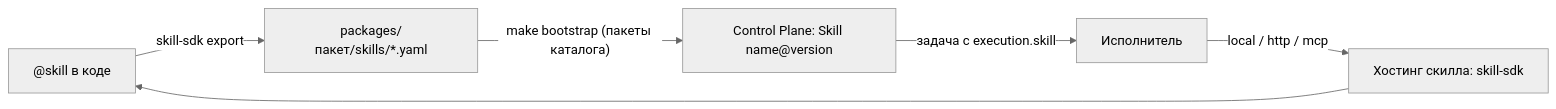
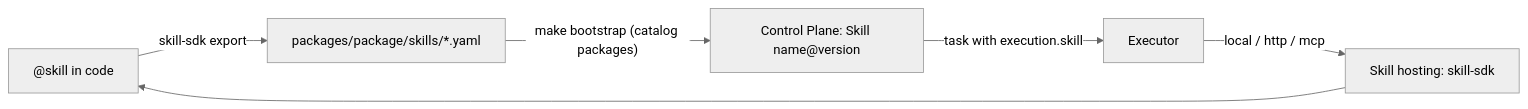
The diagram in guide/docs/sdk/skill-sdk.md (monthu56/taimen), drawn with Mermaid (neutral theme) before and after one commit. The commit also changed other lines of this file and 183 other files, not shown here.

````diff
--- a/guide/docs/sdk/skill-sdk.md
+++ b/guide/docs/sdk/skill-sdk.md
@@ -23,8 +23,8 @@
 ```mermaid
 flowchart LR
-    Code["@skill в коде"] -->|"skill-sdk export"| Y["packages/пакет/skills/*.yaml"]
-    Y -->|"make bootstrap (пакеты каталога)"| CP[Control Plane: Skill name@version]
-    CP -->|задача с execution.skill| R[Исполнитель]
-    R -->|local / http / mcp| H[Хостинг скилла: skill-sdk]
+    Code["@skill in code"] -->|"skill-sdk export"| Y["packages/package/skills/*.yaml"]
+    Y -->|"make bootstrap (catalog packages)"| CP[Control Plane: Skill name@version]
+    CP -->|task with execution.skill| R[Executor]
+    R -->|local / http / mcp| H[Skill hosting: skill-sdk]
     H --> Code
 ```
````
